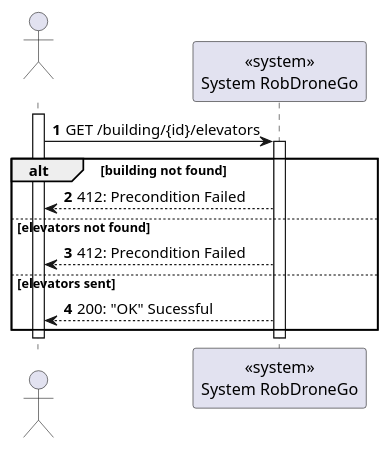
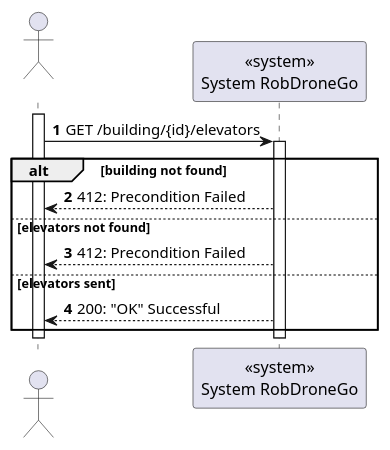
The diagram in docs/us290/level1/process-view.puml (Departamento-de-Engenharia-Informatica/lapr5-23-24-g19), drawn with PlantUML before and after one commit. The commit also changed 3 other files, not shown here.

```diff
--- a/docs/us290/level1/process-view.puml
+++ b/docs/us290/level1/process-view.puml
@@ -1,25 +1,25 @@
 @startuml
 autonumber
 
 actor " " as actor
 participant "<<system>>\nSystem RobDroneGo" as sys
 
 
 activate actor
 actor -> sys: GET /building/{id}/elevators
 
     activate sys
     alt building not found
         sys --> actor : 412: Precondition Failed
     else elevators not found
         actor <-- sys : 412: Precondition Failed
     else elevators sent
-        actor <-- sys : 200: "OK" Sucessful
+        actor <-- sys : 200: "OK" Successful
     end
 
 
 
 deactivate sys
 deactivate actor
 
 @enduml
```
